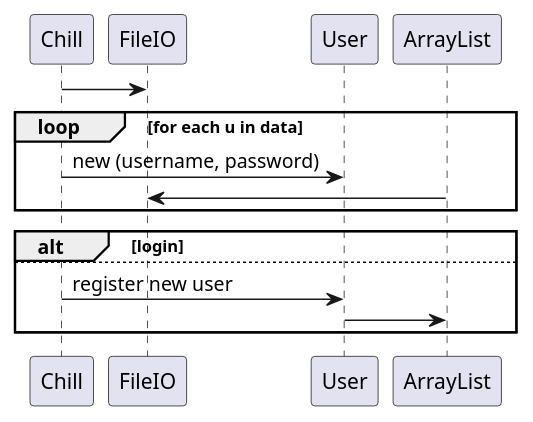
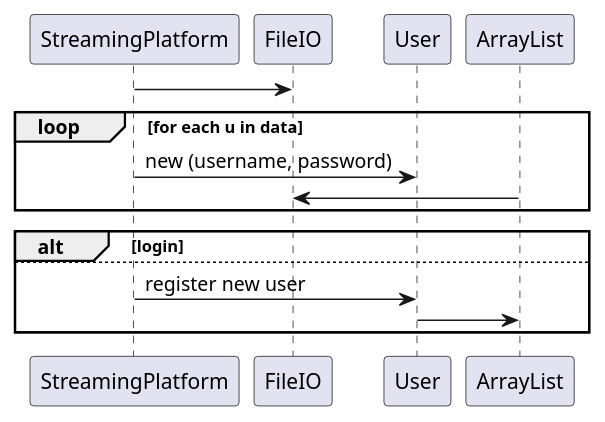
The diagram in doc/sequence v1 Chill.puml (niki03125/SP3), drawn with PlantUML before and after one commit. The commit also changed 1 other file, not shown here.

Commit message:
Small fixes Chill -> StreamingPlatform

```diff
--- a/doc/sequence v1 Chill.puml
+++ b/doc/sequence v1 Chill.puml
@@ -1,16 +1,16 @@
 @startuml
 'https://plantuml.com/sequence-diagram
 
-Chill -> FileIO
+StreamingPlatform -> FileIO
 
 loop for each u in data
 'indsæt hvad der sker i loopet
-Chill -> User: new (username, password)
+StreamingPlatform -> User: new (username, password)
 ArrayList-> FileIO
 end
 alt login
 else
-Chill -> User: register new user
+StreamingPlatform -> User: register new user
 User -> ArrayList
 end
 @enduml
```
